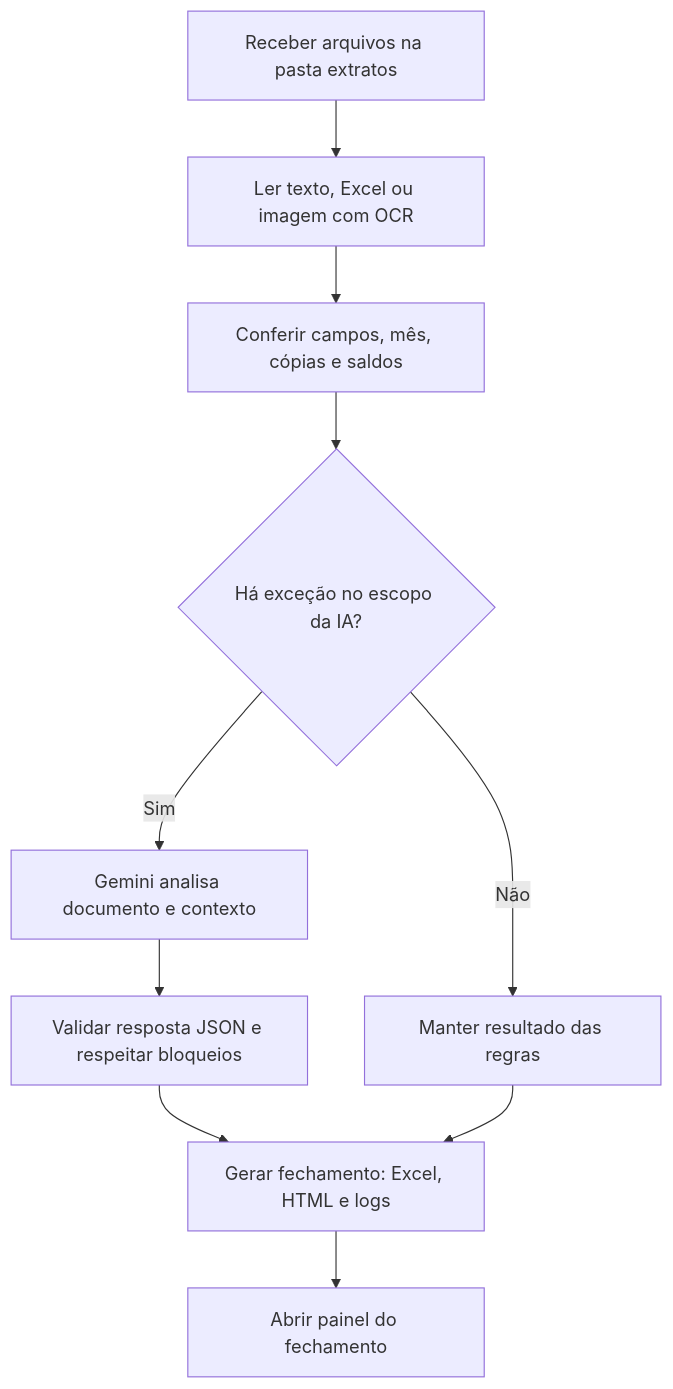
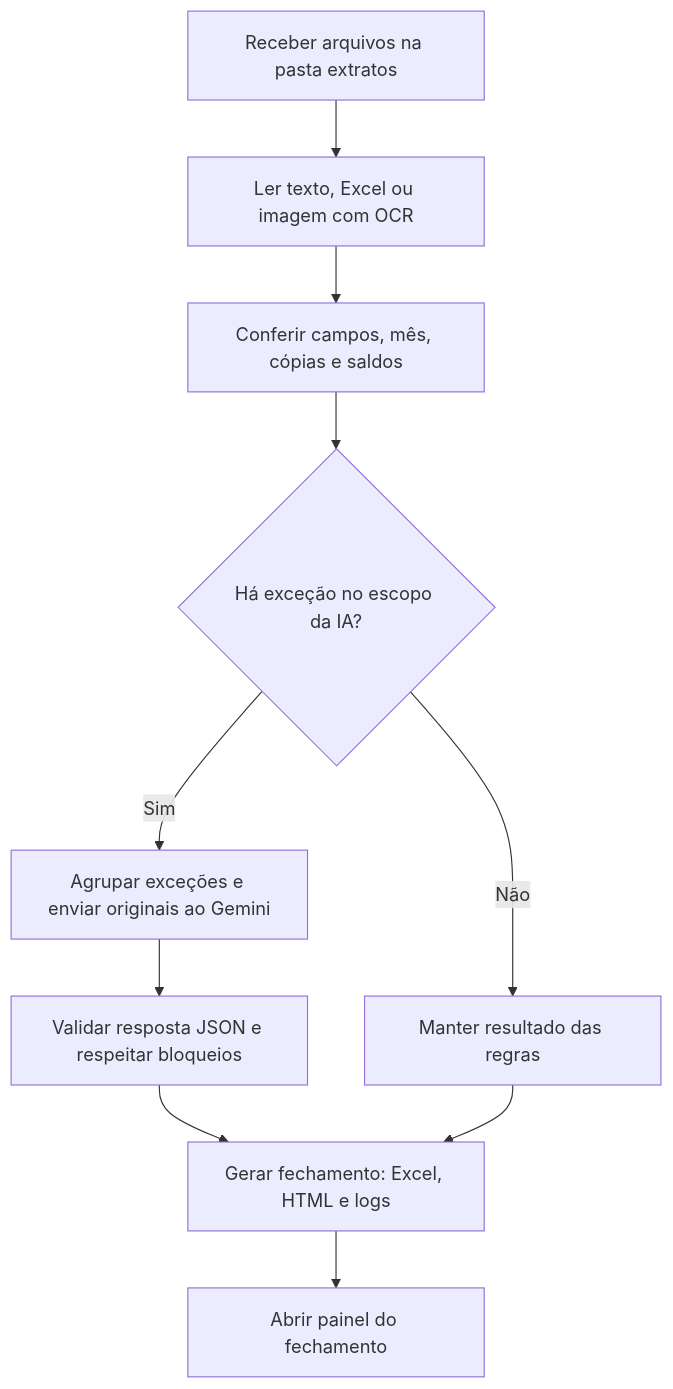
One commit to felipexxxxx/goener-case changed the first of 3 diagrams in README.md. Above: the diagram before and after it, drawn with Mermaid. The commit also changed other lines of this file and 15 other files, not shown here.

````diff
--- a/README.md
+++ b/README.md
@@ -79,12 +79,12 @@
 ```mermaid
 flowchart TD
     A[Receber arquivos na pasta extratos] --> B[Ler texto, Excel ou imagem com OCR]
     B --> C[Conferir campos, mês, cópias e saldos]
     C --> D{Há exceção no escopo da IA?}
     D -- Não --> E[Manter resultado das regras]
-    D -- Sim --> F[Gemini analisa documento e contexto]
+    D -- Sim --> F[Agrupar exceções e enviar originais ao Gemini]
     F --> G[Validar resposta JSON e respeitar bloqueios]
     G --> H[Gerar fechamento: Excel, HTML e logs]
     E --> H
     H --> I[Abrir painel do fechamento]
 ```
````
